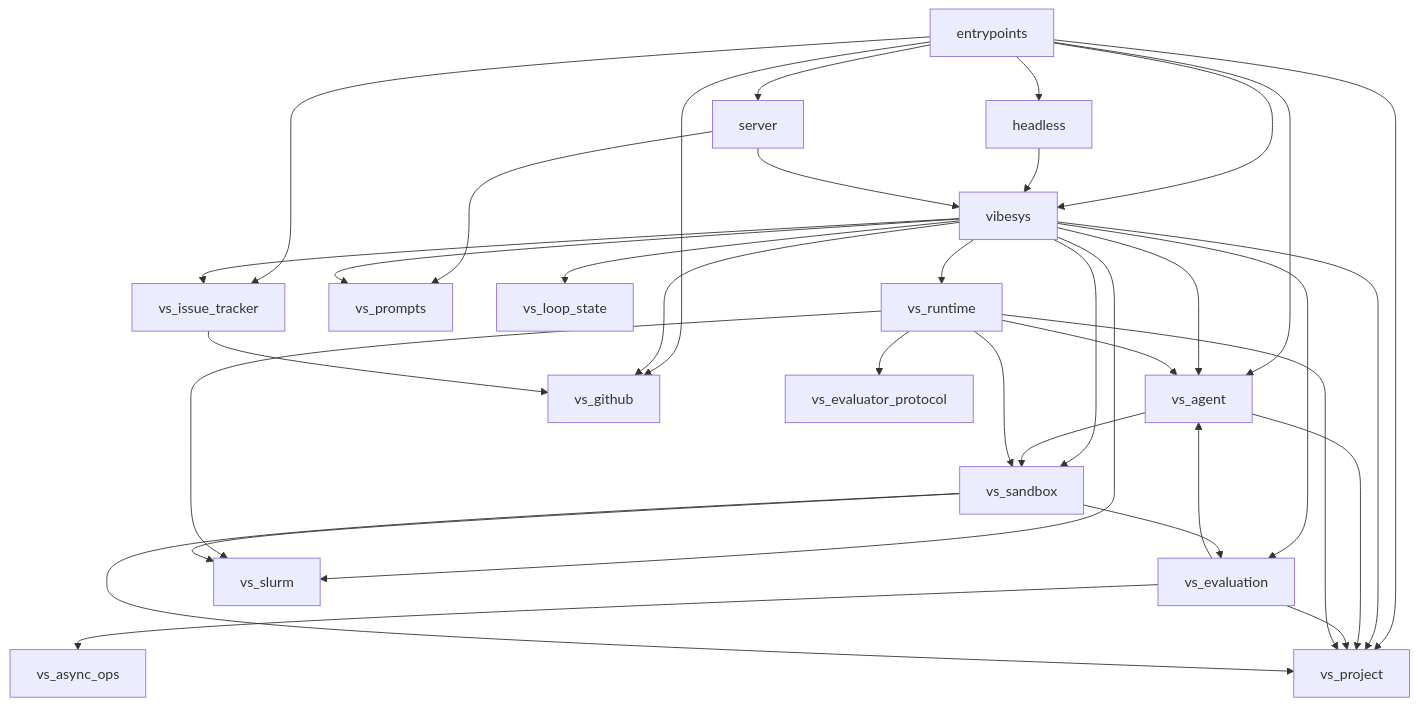
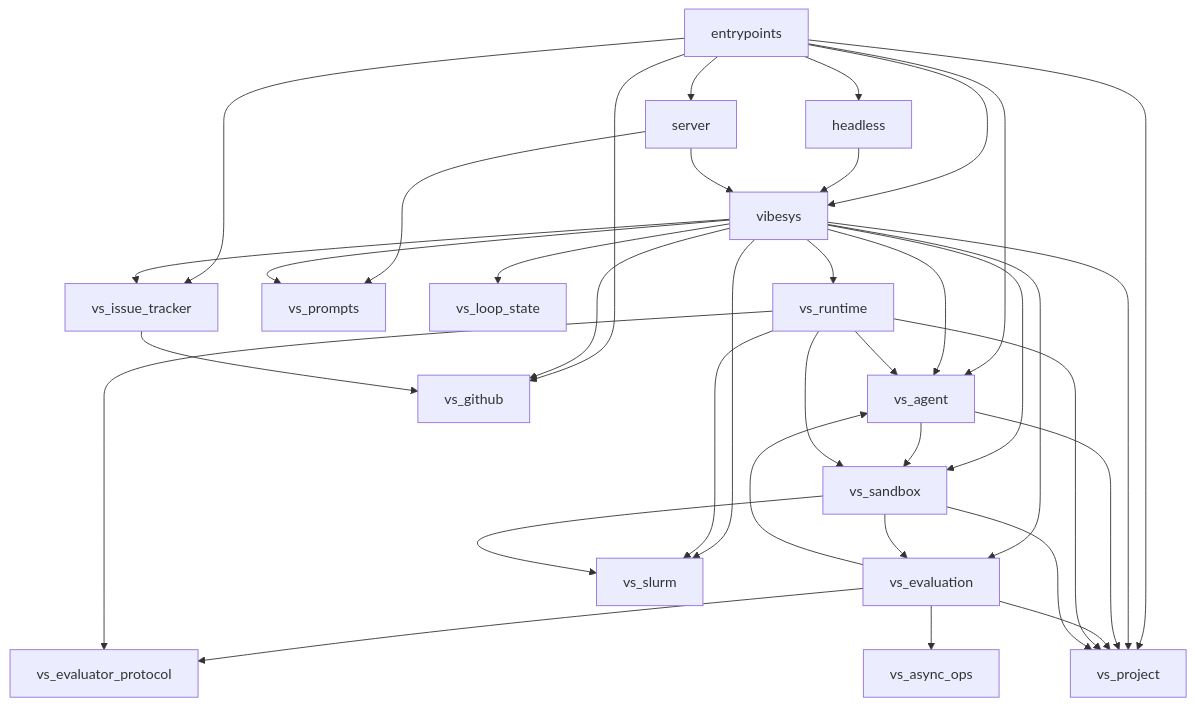
Before and after one commit to AyanBinRafaih/vibe-serve: the first of 3 diagrams in docs/contributing/architecture.md, drawn with Mermaid. The commit also changed other lines of this file and 41 other files, not shown here.

````diff
--- a/docs/contributing/architecture.md
+++ b/docs/contributing/architecture.md
@@ -46,37 +46,38 @@
 ```mermaid
 graph TD
     entrypoints --> headless
     entrypoints --> server
     entrypoints --> vibesys
     entrypoints --> vs_agent
     entrypoints --> vs_github
     entrypoints --> vs_issue_tracker
     entrypoints --> vs_project
     headless --> vibesys
     server --> vibesys
     server --> vs_prompts
     vibesys --> vs_agent
     vibesys --> vs_evaluation
     vibesys --> vs_github
     vibesys --> vs_issue_tracker
     vibesys --> vs_loop_state
     vibesys --> vs_project
     vibesys --> vs_prompts
     vibesys --> vs_runtime
     vibesys --> vs_sandbox
     vibesys --> vs_slurm
     vs_agent --> vs_project
     vs_agent --> vs_sandbox
     vs_evaluation --> vs_agent
     vs_evaluation --> vs_async_ops
+    vs_evaluation --> vs_evaluator_protocol
     vs_evaluation --> vs_project
     vs_issue_tracker --> vs_github
     vs_runtime --> vs_agent
     vs_runtime --> vs_evaluator_protocol
     vs_runtime --> vs_project
     vs_runtime --> vs_sandbox
     vs_runtime --> vs_slurm
     vs_sandbox --> vs_evaluation
     vs_sandbox --> vs_project
     vs_sandbox --> vs_slurm
 ```
````
